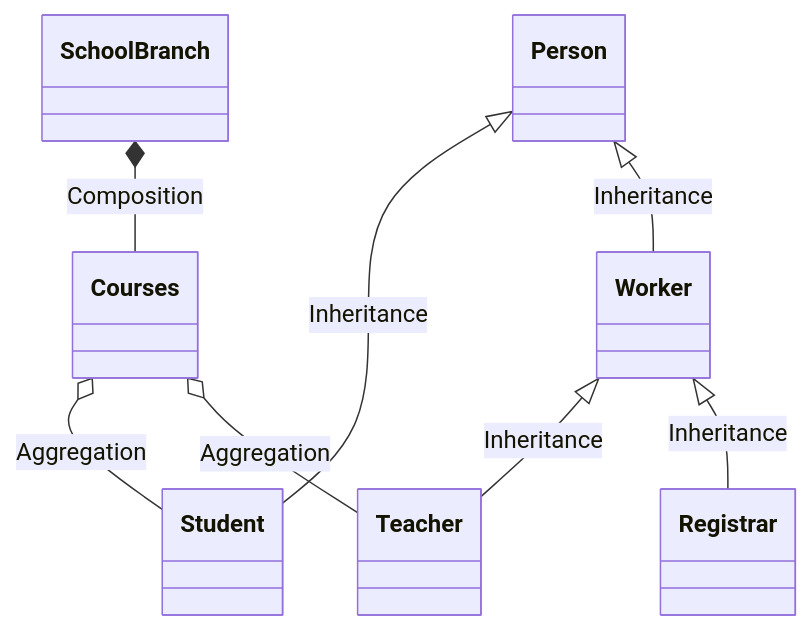
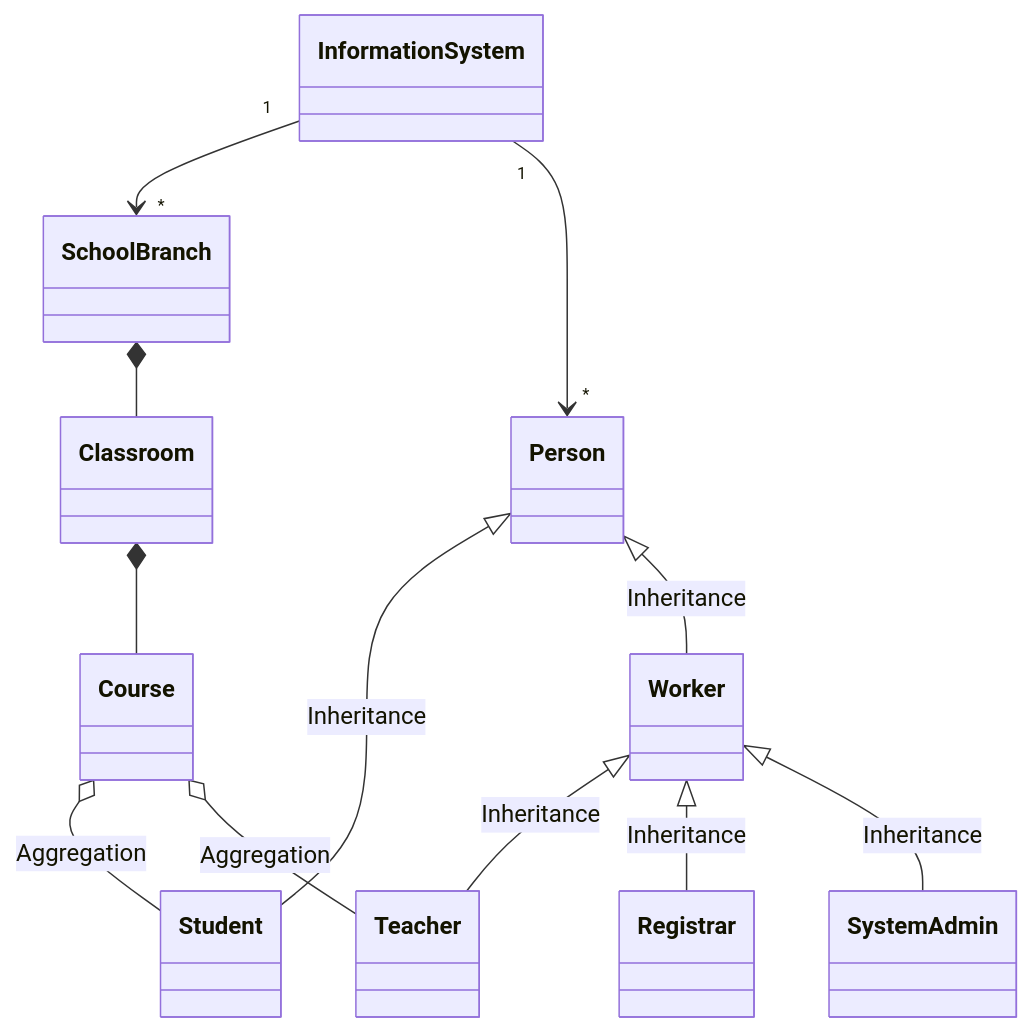
Before and after one commit to ondergormez/BLM3722_Software_Engineering: the first of 4 diagrams in 03-Project/01-ClassDiagram/UML_Diag.md, drawn with Mermaid. The commit also changed other lines of this file and 2 other files, not shown here.

Commit message:
UML Diagrams

````diff
--- a/03-Project/01-ClassDiagram/UML_Diag.md
+++ b/03-Project/01-ClassDiagram/UML_Diag.md
@@ -10,28 +10,40 @@
 ```mermaid
 classDiagram
-    Courses o-- Student  : Aggregation
-    SchoolBranch *-- Courses : Composition
+    Course o-- Student  : Aggregation
+    InformationSystem "1" --> "*" SchoolBranch
+    SchoolBranch *-- Classroom 
+    Classroom *-- Course
     Person <|-- Student : Inheritance
     Person <|-- Worker : Inheritance
     Worker <|-- Teacher : Inheritance
     Worker <|-- Registrar : Inheritance
-    Courses o-- Teacher  : Aggregation
- 
+    Worker <|-- SystemAdmin : Inheritance
+    Course o-- Teacher  : Aggregation
+    InformationSystem "1" --> "*" Person
+
+    class Person{
+      
+    }
+
+    class InformationSystem{
+
+    }
+
     class Student{
     }
 
     class Worker{
     }
     
     class Teacher{
     }
 
     class Registrar{
     }
 
     class SchoolBranch{
     }
 
-    class Courses{
+    class Course{
     }
 ```
````
